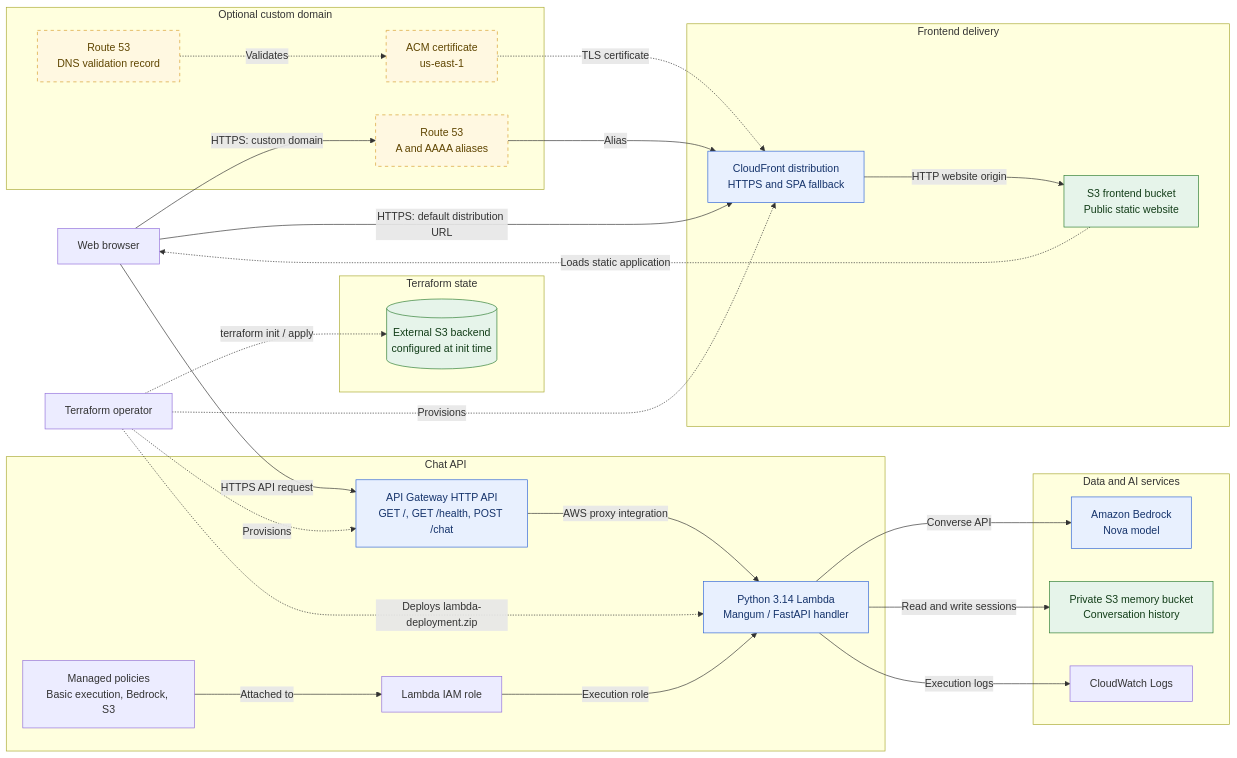
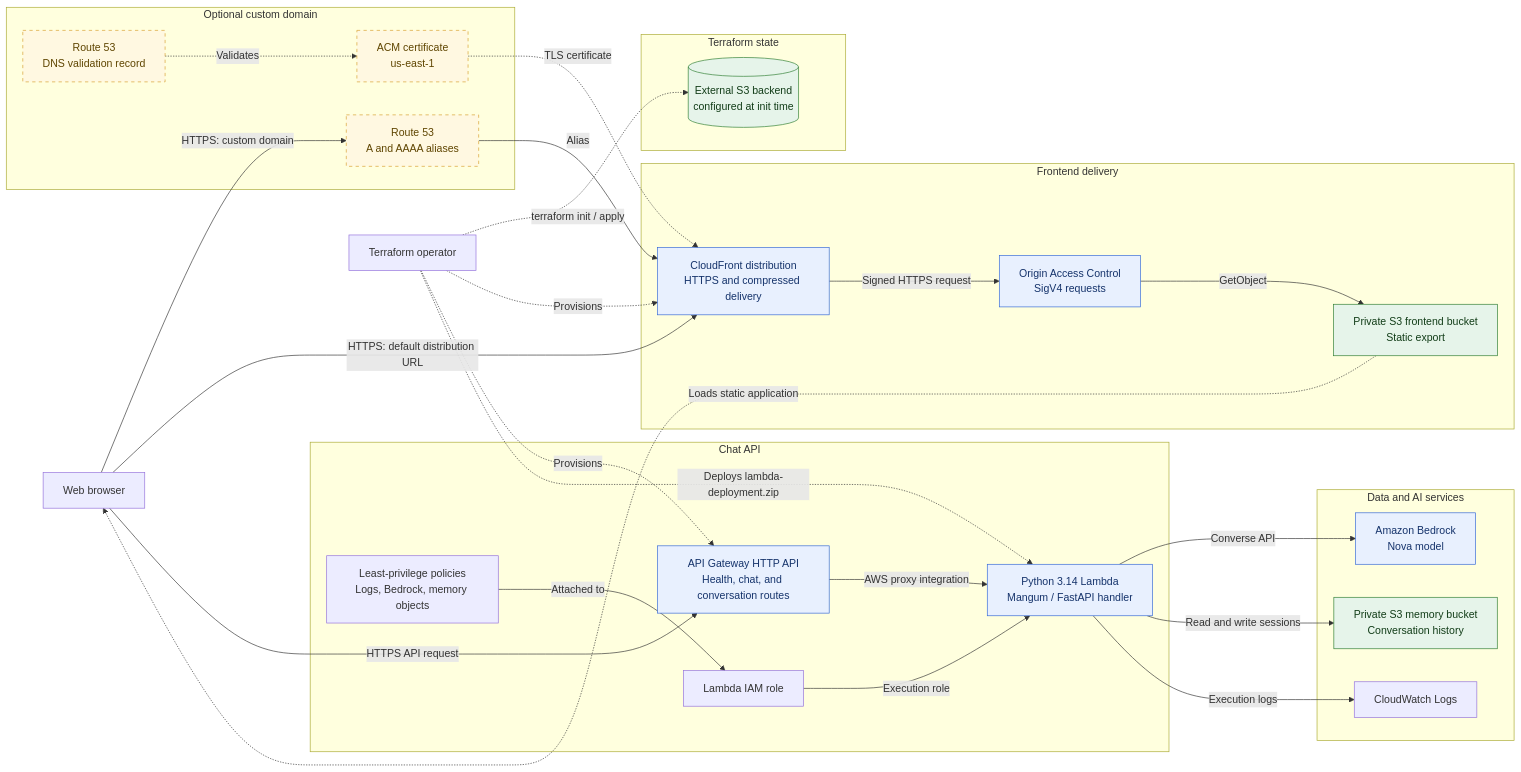
One commit to JeremyDemers/digital-twin changed the diagram in backend/terraform/ARCHITECTURE.md. Above: the diagram before and after it, drawn with Mermaid. The commit also changed other lines of this file and 7 other files, not shown here.

````diff
--- a/backend/terraform/ARCHITECTURE.md
+++ b/backend/terraform/ARCHITECTURE.md
@@ -5,62 +5,64 @@
 ```mermaid
 flowchart LR
     visitor["Web browser"]
     deployer["Terraform operator"]
 
     subgraph dns["Optional custom domain"]
         route53["Route 53<br/>A and AAAA aliases"]
         acm["ACM certificate<br/>us-east-1"]
         validation["Route 53<br/>DNS validation record"]
     end
 
     subgraph delivery["Frontend delivery"]
-        cloudfront["CloudFront distribution<br/>HTTPS and SPA fallback"]
-        frontend["S3 frontend bucket<br/>Public static website"]
+        cloudfront["CloudFront distribution<br/>HTTPS and compressed delivery"]
+        oac["Origin Access Control<br/>SigV4 requests"]
+        frontend["Private S3 frontend bucket<br/>Static export"]
     end
 
     subgraph api["Chat API"]
-        gateway["API Gateway HTTP API<br/>GET /, GET /health, POST /chat"]
+        gateway["API Gateway HTTP API<br/>Health, chat, and conversation routes"]
         lambda["Python 3.14 Lambda<br/>Mangum / FastAPI handler"]
         role["Lambda IAM role"]
-        policies["Managed policies<br/>Basic execution, Bedrock, S3"]
+        policies["Least-privilege policies<br/>Logs, Bedrock, memory objects"]
     end
 
     subgraph services["Data and AI services"]
         bedrock["Amazon Bedrock<br/>Nova model"]
         memory["Private S3 memory bucket<br/>Conversation history"]
         logs["CloudWatch Logs"]
     end
 
     subgraph state["Terraform state"]
         stateBucket[("External S3 backend<br/>configured at init time")]
     end
 
     visitor -->|"HTTPS: custom domain"| route53
     visitor -->|"HTTPS: default distribution URL"| cloudfront
     route53 -->|"Alias"| cloudfront
     acm -.->|"TLS certificate"| cloudfront
     validation -.->|"Validates"| acm
-    cloudfront -->|"HTTP website origin"| frontend
+    cloudfront -->|"Signed HTTPS request"| oac
+    oac -->|"GetObject"| frontend
     frontend -.->|"Loads static application"| visitor
 
     visitor -->|"HTTPS API request"| gateway
     gateway -->|"AWS proxy integration"| lambda
     lambda -->|"Converse API"| bedrock
     lambda -->|"Read and write sessions"| memory
     lambda -->|"Execution logs"| logs
 
     policies -->|"Attached to"| role
     role -->|"Execution role"| lambda
 
     deployer -.->|"terraform init / apply"| stateBucket
     deployer -.->|"Provisions"| cloudfront
     deployer -.->|"Provisions"| gateway
     deployer -.->|"Deploys lambda-deployment.zip"| lambda
 
     classDef optional fill:#fff8e1,stroke:#d69e2e,color:#5f4500,stroke-dasharray: 5 5;
     classDef storage fill:#e6f4ea,stroke:#2e7d32,color:#123d18;
     classDef compute fill:#e8f0fe,stroke:#3367d6,color:#15336b;
     class route53,acm,validation optional;
     class frontend,memory,stateBucket storage;
-    class cloudfront,gateway,lambda,bedrock compute;
+    class cloudfront,oac,gateway,lambda,bedrock compute;
 ```
````
